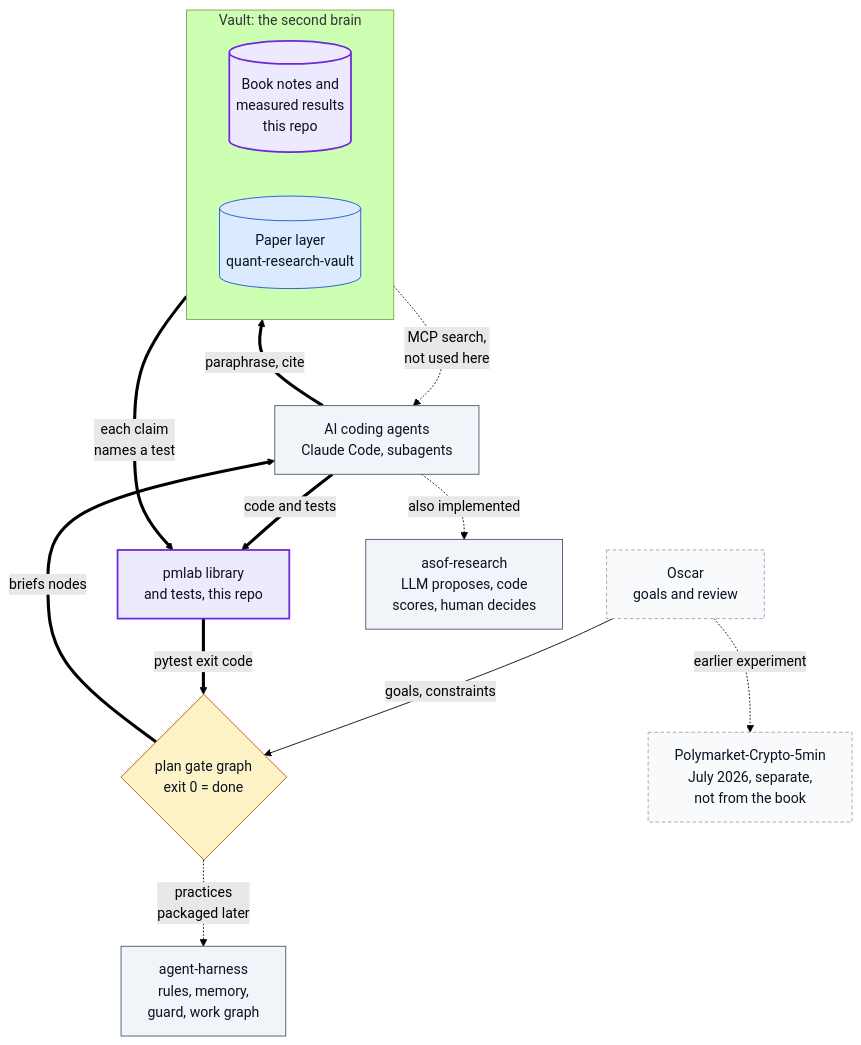
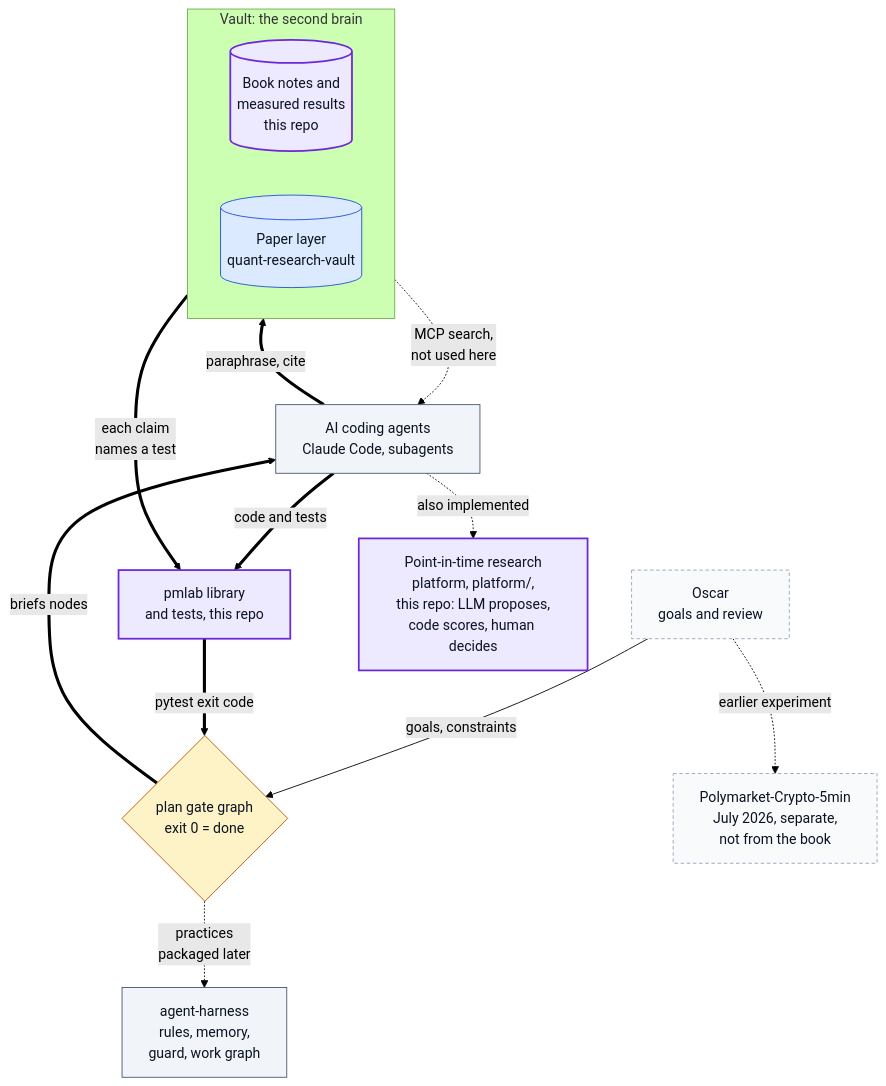
One commit to oscar-chw/agentic-quant-research changed the first of 2 diagrams in README.md. Above: the diagram before and after it, drawn with Mermaid (forest theme). The commit also changed other lines of this file and 1 other file, not shown here.

First line of the commit message:
docs: point asof-research references at platform/

````diff
--- a/README.md
+++ b/README.md
@@ -15,31 +16,31 @@
 ```mermaid
 flowchart TB
     OSCAR["Oscar<br/>goals and review"]:::ext
     GRAPH{"plan gate graph<br/>exit 0 = done"}:::gate
     AGENTS["AI coding agents<br/>Claude Code, subagents"]:::step
     subgraph VAULT["Vault: the second brain"]
         direction LR
         BOOK[("Book notes and<br/>measured results<br/>this repo")]:::key
         PAPERS[("Paper layer<br/>quant-research-vault")]:::data
     end
     LIB["pmlab library<br/>and tests, this repo"]:::key
     AH["agent-harness<br/>rules, memory,<br/>guard, work graph"]:::step
-    ASOF["asof-research<br/>LLM proposes, code<br/>scores, human decides"]:::step
+    ASOF["Point-in-time research<br/>platform, platform/,<br/>this repo: LLM proposes,<br/>code scores, human decides"]:::key
     PM["Polymarket-Crypto-5min<br/>July 2026, separate,<br/>not from the book"]:::ext
     OSCAR -->|"goals, constraints"| GRAPH
     OSCAR -.->|"earlier experiment"| PM
     GRAPH ==>|"briefs nodes"| AGENTS
     GRAPH -.->|"practices<br/>packaged later"| AH
     AGENTS ==>|"paraphrase, cite"| BOOK
     PAPERS -.->|"MCP search,<br/>not used here"| AGENTS
     BOOK ==>|"each claim<br/>names a test"| LIB
     AGENTS ==>|"code and tests"| LIB
     LIB ==>|"pytest exit code"| GRAPH
     AGENTS -.->|"also implemented"| ASOF
     classDef data fill:#dbeafe,stroke:#1d4ed8,color:#0b1220
     classDef step fill:#f1f5f9,stroke:#475569,color:#0b1220
     classDef gate fill:#fef3c7,stroke:#b45309,color:#0b1220
     classDef out fill:#dcfce7,stroke:#15803d,color:#0b1220
     classDef ext fill:#f8fafc,stroke:#94a3b8,color:#0b1220,stroke-dasharray:4 3
     classDef key fill:#ede9fe,stroke:#6d28d9,color:#0b1220,stroke-width:2px
 ```
````
